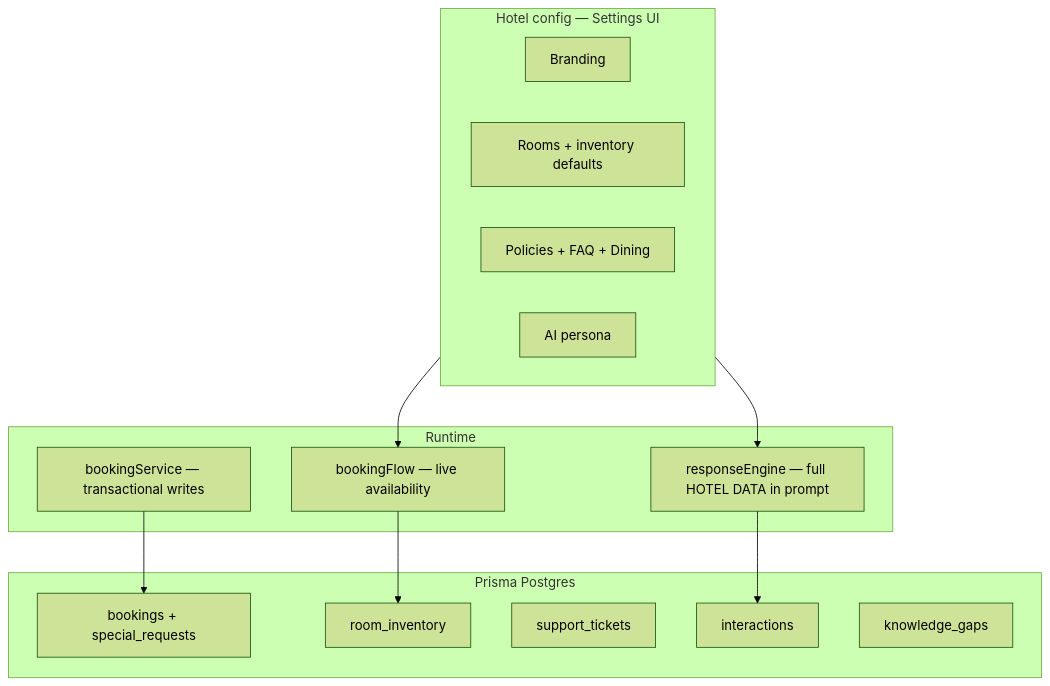
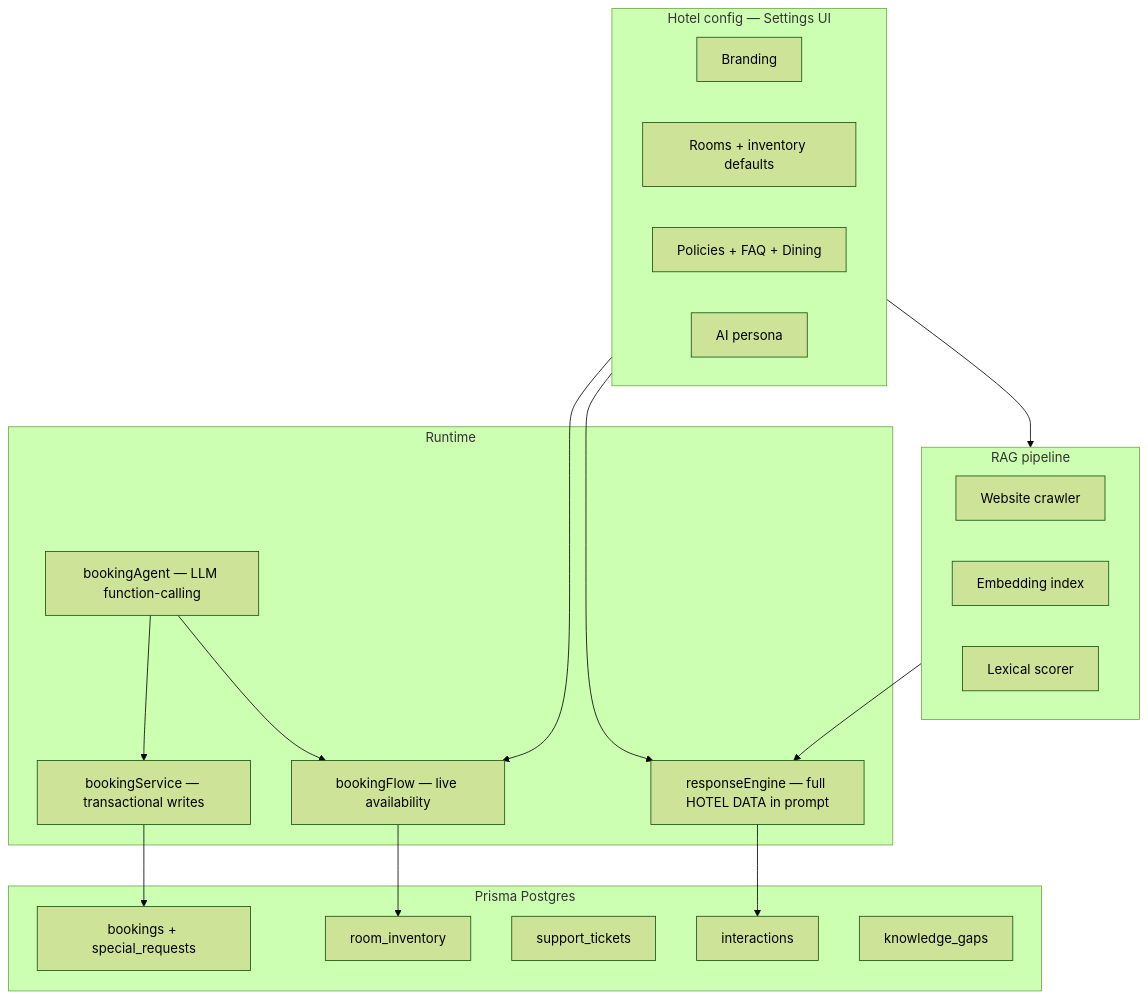
One commit to prabin923/Voice-assistant changed the seventh of 7 diagrams in README.md. Above: the diagram before and after it, drawn with Mermaid (forest theme). The commit also changed other lines of this file, not shown here.

````diff
--- a/README.md
+++ b/README.md
@@ -243,29 +311,40 @@
 ```mermaid
 flowchart TB
-  subgraph config [Hotel config — Settings UI]
+  subgraph config ["Hotel config — Settings UI"]
     C1[Branding]
     C2[Rooms + inventory defaults]
     C3[Policies + FAQ + Dining]
     C4[AI persona]
   end
 
   subgraph runtime [Runtime]
     R1[responseEngine — full HOTEL DATA in prompt]
     R2[bookingFlow — live availability]
     R3[bookingService — transactional writes]
+    R4[bookingAgent — LLM function-calling]
   end
 
-  subgraph storage [Prisma Postgres]
+  subgraph rag ["RAG pipeline"]
+    RAG1[Website crawler]
+    RAG2[Embedding index]
+    RAG3[Lexical scorer]
+  end
+
+  subgraph storage ["Prisma Postgres"]
     S1[bookings + special_requests]
     S2[room_inventory]
     S3[support_tickets]
     S4[interactions]
     S5[knowledge_gaps]
   end
 
   config --> R1
   config --> R2
+  config --> rag
   R2 --> S2
   R3 --> S1
   R1 --> S4
+  R4 --> R2
+  R4 --> R3
+  rag --> R1
 ```
````
